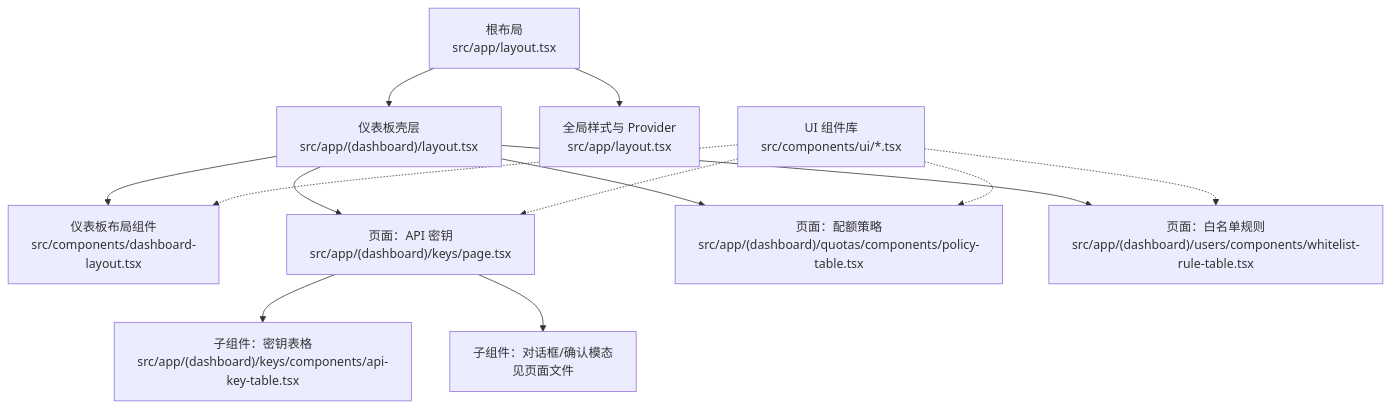
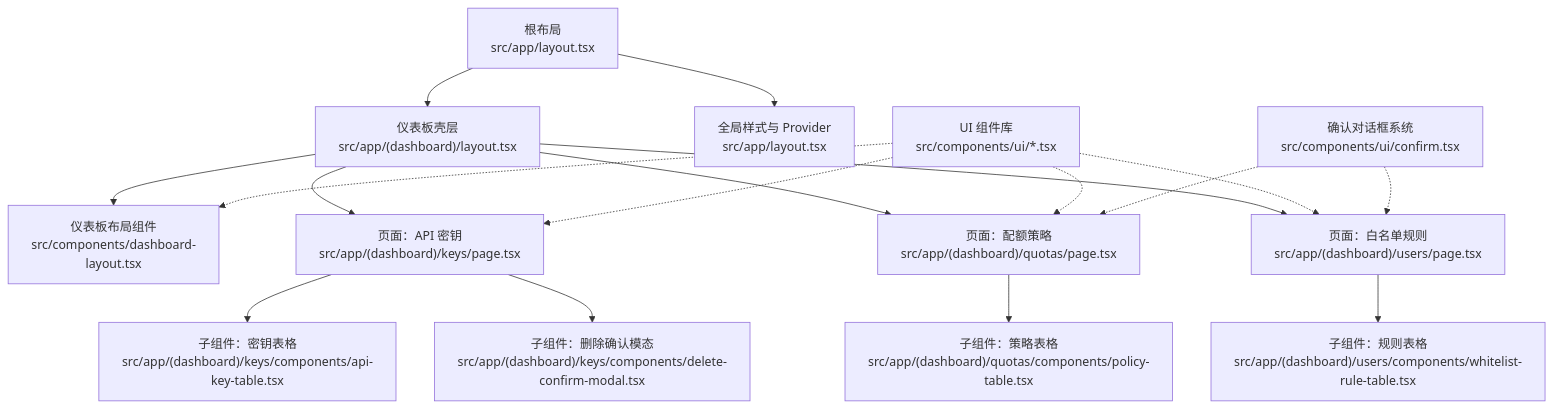
One commit to RadiumAg/AIGate changed the first of 7 diagrams in .qoder/repowiki/zh/content/前端组件/前端组件.md. Above: the diagram before and after it, drawn with Mermaid. The commit also changed other lines of this file and 3 other files, not shown here.

````diff
--- a/.qoder/repowiki/zh/content/前端组件/前端组件.md
+++ b/.qoder/repowiki/zh/content/前端组件/前端组件.md
@@ -49,15 +63,19 @@
 ```mermaid
 graph TB
 A["根布局<br/>src/app/layout.tsx"] --> B["仪表板壳层<br/>src/app/(dashboard)/layout.tsx"]
 B --> C["仪表板布局组件<br/>src/components/dashboard-layout.tsx"]
 B --> D["页面：API 密钥<br/>src/app/(dashboard)/keys/page.tsx"]
 D --> E["子组件：密钥表格<br/>src/app/(dashboard)/keys/components/api-key-table.tsx"]
-D --> F["子组件：对话框/确认模态<br/>见页面文件"]
-B --> G["页面：配额策略<br/>src/app/(dashboard)/quotas/components/policy-table.tsx"]
-B --> H["页面：白名单规则<br/>src/app/(dashboard)/users/components/whitelist-rule-table.tsx"]
-A --> I["全局样式与 Provider<br/>src/app/layout.tsx"]
-J["UI 组件库<br/>src/components/ui/*.tsx"] -.-> C
-J -.-> D
-J -.-> G
-J -.-> H
+D --> F["子组件：删除确认模态<br/>src/app/(dashboard)/keys/components/delete-confirm-modal.tsx"]
+B --> G["页面：配额策略<br/>src/app/(dashboard)/quotas/page.tsx"]
+G --> H["子组件：策略表格<br/>src/app/(dashboard)/quotas/components/policy-table.tsx"]
+B --> I["页面：白名单规则<br/>src/app/(dashboard)/users/page.tsx"]
+I --> J["子组件：规则表格<br/>src/app/(dashboard)/users/components/whitelist-rule-table.tsx"]
+A --> K["全局样式与 Provider<br/>src/app/layout.tsx"]
+L["UI 组件库<br/>src/components/ui/*.tsx"] -.-> C
+L -.-> D
+L -.-> G
+L -.-> I
+M["确认对话框系统<br/>src/components/ui/confirm.tsx"] -.-> G
+M -.-> I
 ```
````
